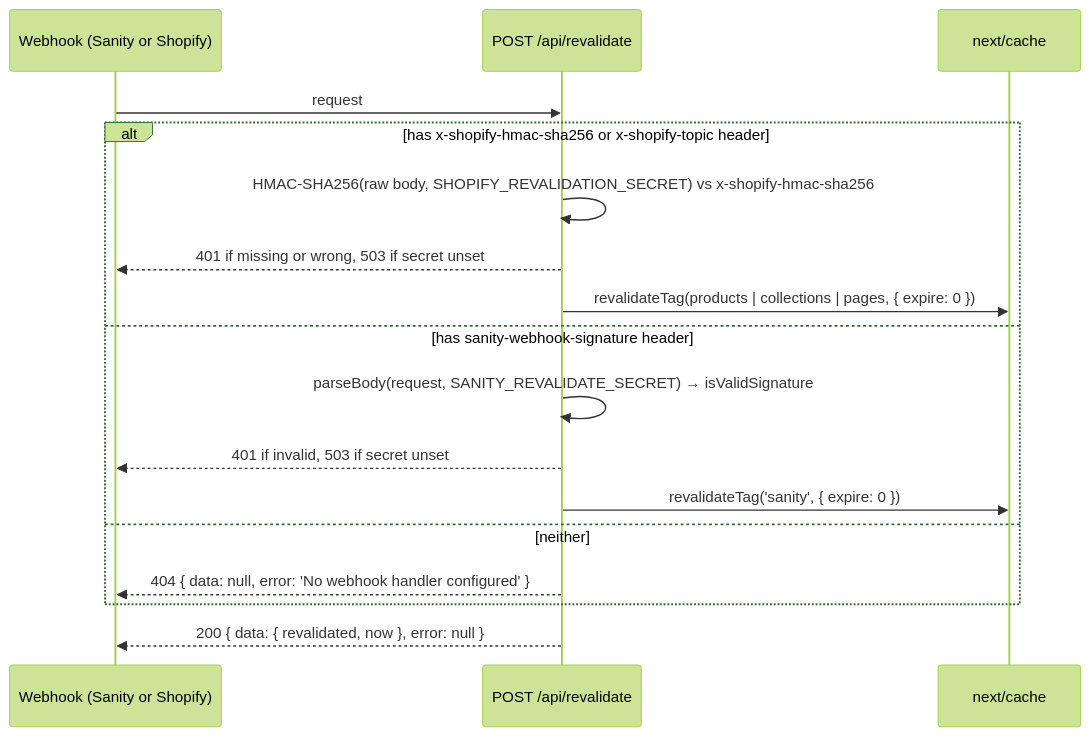
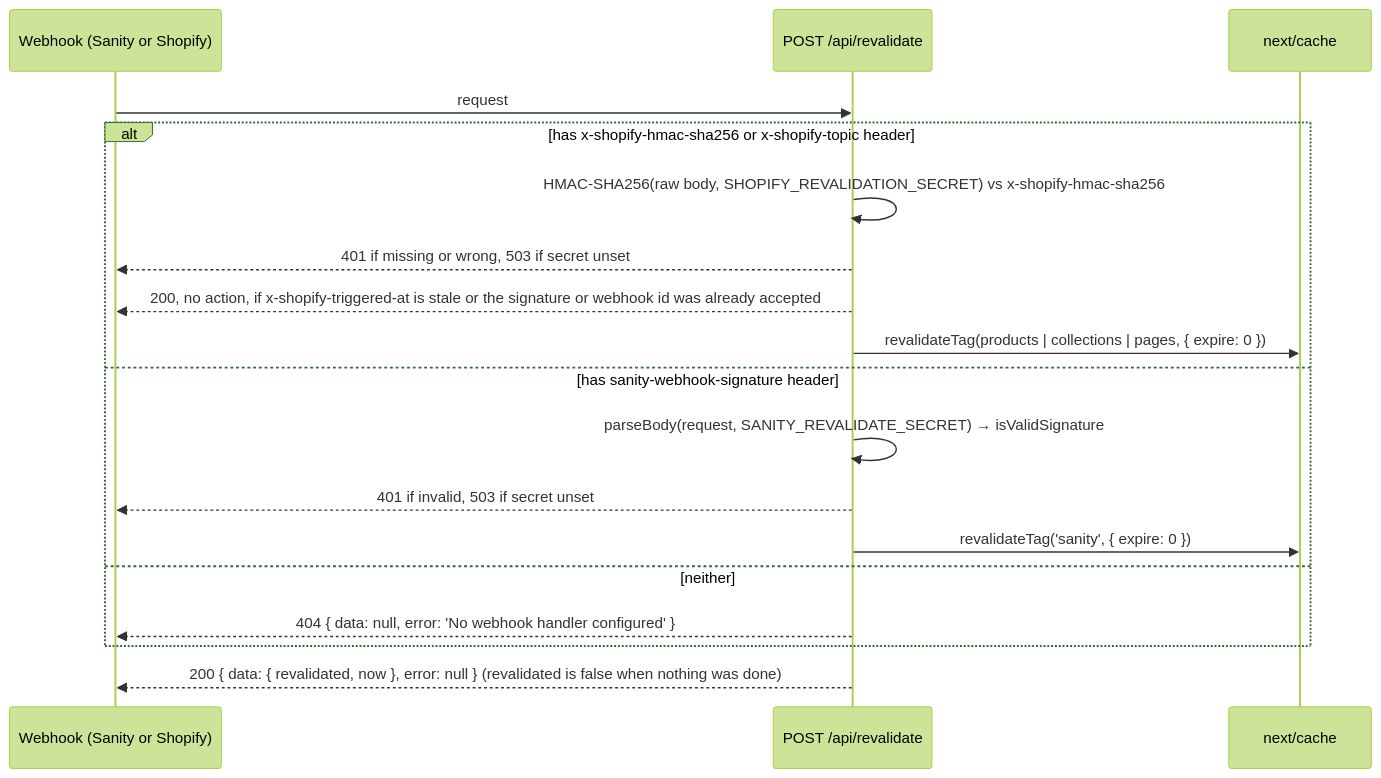
Before and after one commit to darkroomengineering/satus: the diagram in app/api/README.md, drawn with Mermaid (forest theme). The commit also changed other lines of this file and 7 other files, not shown here.

Commit message:
fix: answer 200 for stale Shopify webhooks and scope dedupe by topic group (OSS-188)

````diff
--- a/app/api/README.md
+++ b/app/api/README.md
@@ -62,19 +62,20 @@
 ```mermaid
 sequenceDiagram
     participant W as Webhook (Sanity or Shopify)
     participant R as POST /api/revalidate
     participant T as next/cache
     W->>R: request
     alt has x-shopify-hmac-sha256 or x-shopify-topic header
         R->>R: HMAC-SHA256(raw body, SHOPIFY_REVALIDATION_SECRET) vs x-shopify-hmac-sha256
         R-->>W: 401 if missing or wrong, 503 if secret unset
+        R-->>W: 200, no action, if x-shopify-triggered-at is stale or the signature or webhook id was already accepted
         R->>T: revalidateTag(products | collections | pages, { expire: 0 })
     else has sanity-webhook-signature header
         R->>R: parseBody(request, SANITY_REVALIDATE_SECRET) → isValidSignature
         R-->>W: 401 if invalid, 503 if secret unset
         R->>T: revalidateTag('sanity', { expire: 0 })
     else neither
         R-->>W: 404 { data: null, error: 'No webhook handler configured' }
     end
-    R-->>W: 200 { data: { revalidated, now }, error: null }
+    R-->>W: 200 { data: { revalidated, now }, error: null } (revalidated is false when nothing was done)
 ```
````
